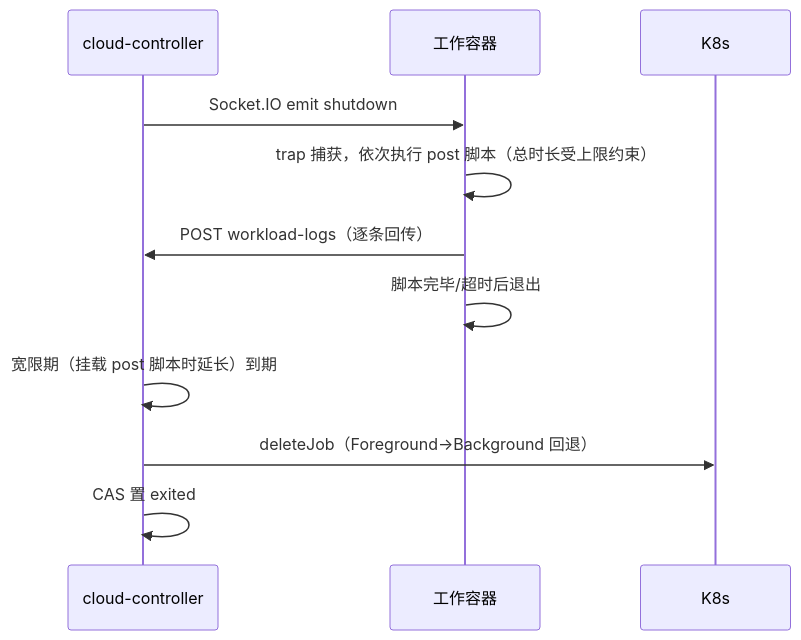
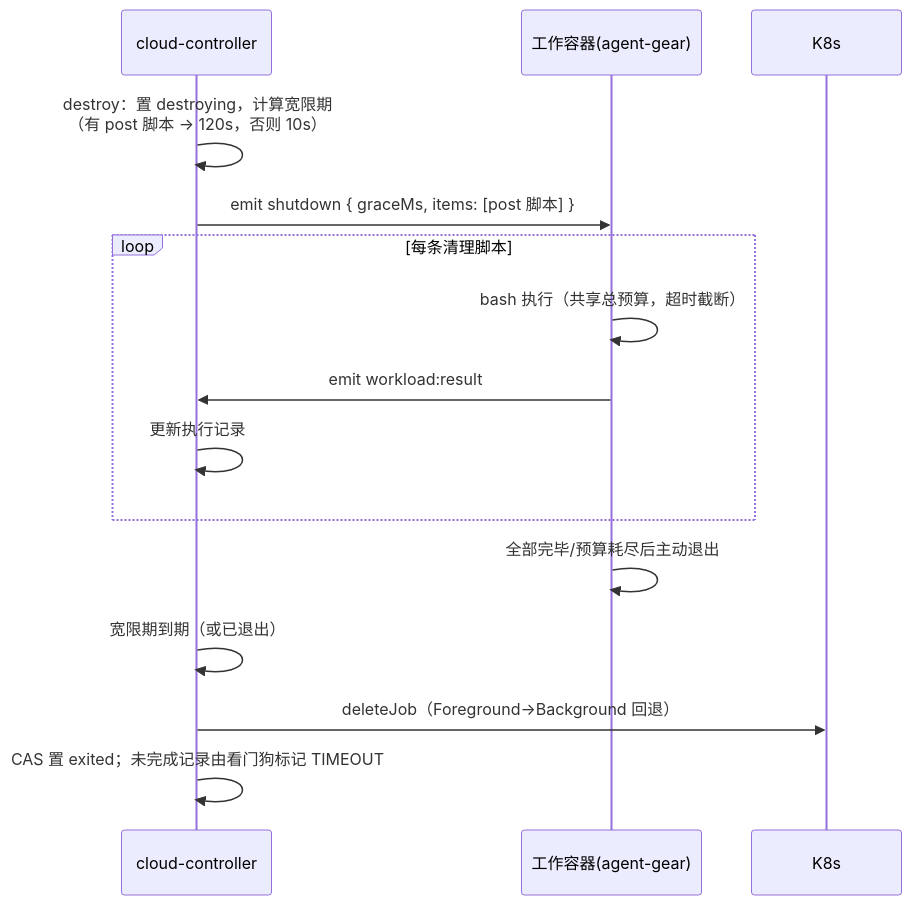
Before and after one commit to Deliay/z-agent-gear: the fourth of 4 diagrams in docs/engineering/proposals/20261017-feat-cloud-controller-workload.md, drawn with Mermaid. The commit also changed other lines of this file and 1 other file, not shown here.

````diff
--- a/docs/engineering/proposals/20261017-feat-cloud-controller-workload.md
+++ b/docs/engineering/proposals/20261017-feat-cloud-controller-workload.md
@@ -243,14 +283,18 @@
 ```mermaid
 sequenceDiagram
     participant C as cloud-controller
-    participant P as 工作容器
+    participant P as 工作容器(agent-gear)
     participant K as K8s
 
-    C->>P: Socket.IO emit shutdown
-    P->>P: trap 捕获，依次执行 post 脚本（总时长受上限约束）
-    P->>C: POST workload-logs（逐条回传）
-    P->>P: 脚本完毕/超时后退出
-    C->>C: 宽限期（挂载 post 脚本时延长）到期
+    C->>C: destroy：置 destroying，计算宽限期<br/>（有 post 脚本 → 120s，否则 10s）
+    C->>P: emit shutdown { graceMs, items: [post 脚本] }
+    loop 每条清理脚本
+        P->>P: bash 执行（共享总预算，超时截断）
+        P->>C: emit workload:result
+        C->>C: 更新执行记录
+    end
+    P->>P: 全部完毕/预算耗尽后主动退出
+    C->>C: 宽限期到期（或已退出）
     C->>K: deleteJob（Foreground→Background 回退）
-    C->>C: CAS 置 exited
+    C->>C: CAS 置 exited；未完成记录由看门狗标记 TIMEOUT
 ```
````
